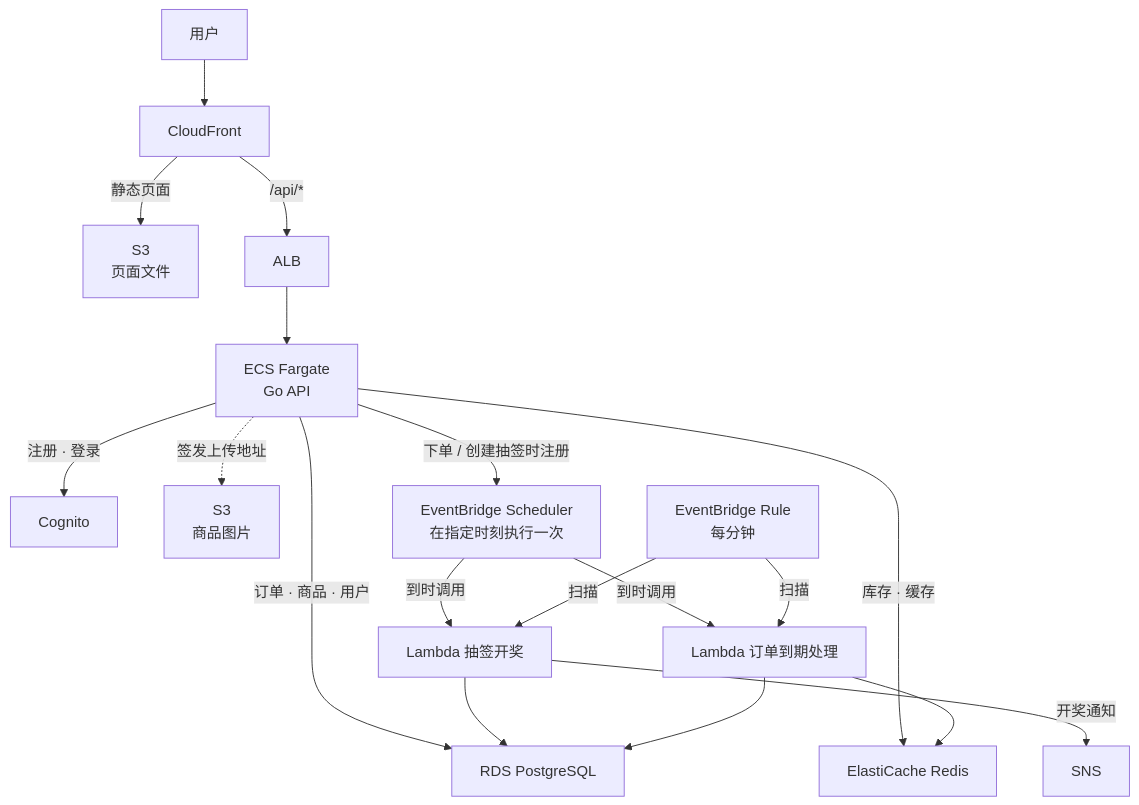
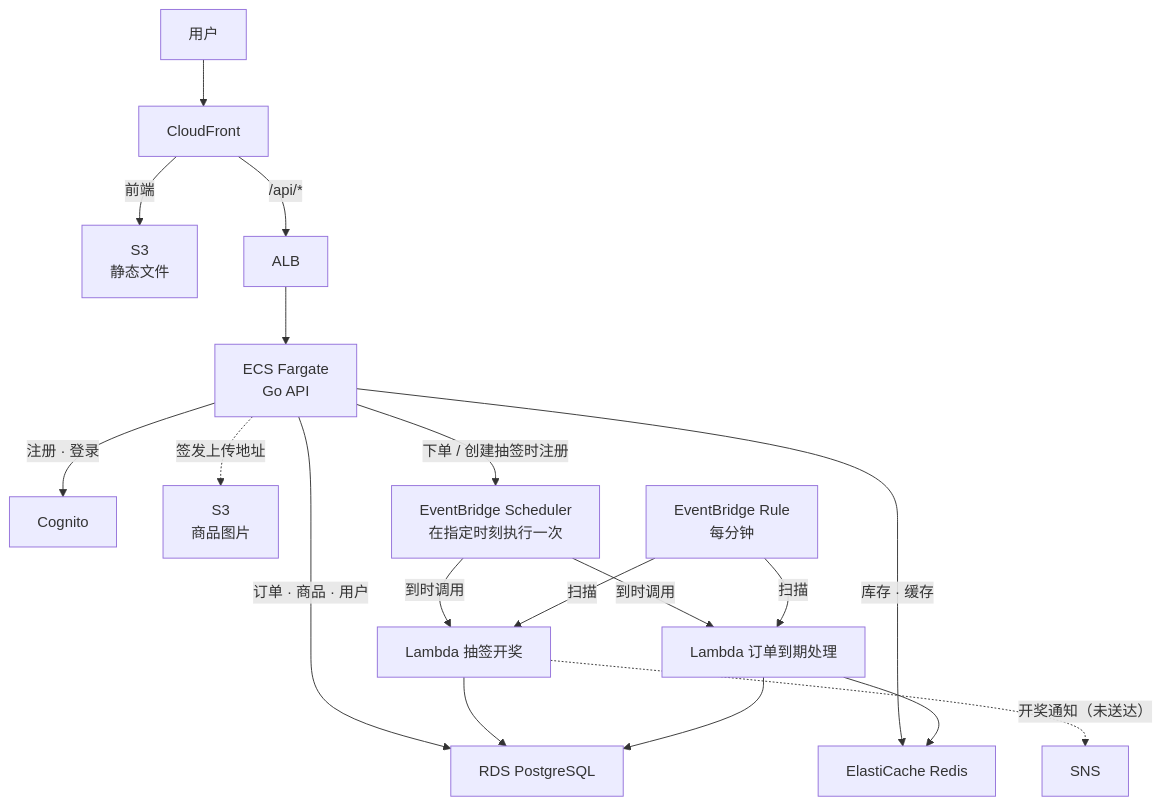
One commit to jessehub777/flashbuy changed the first of 4 diagrams in README_zh.md. Above: the diagram before and after it, drawn with Mermaid. The commit also changed other lines of this file and 1 other file, not shown here.

````diff
--- a/README_zh.md
+++ b/README_zh.md
@@ -34,20 +29,20 @@
 ```mermaid
 flowchart TB
   U["用户"] --> CF["CloudFront"]
-  CF -->|静态页面| S3F["S3<br/>页面文件"]
+  CF -->|前端| S3F["S3<br/>静态文件"]
   CF -->|"/api/*"| ALB["ALB"]
   ALB --> ECS["ECS Fargate<br/>Go API"]
   ECS -->|"订单 · 商品 · 用户"| RDS["RDS PostgreSQL"]
   ECS -->|"库存 · 缓存"| RD["ElastiCache Redis"]
   ECS -->|"注册 · 登录"| COG["Cognito"]
   ECS -.->|"签发上传地址"| S3I["S3<br/>商品图片"]
   ECS -->|"下单 / 创建抽签时注册"| SCH["EventBridge Scheduler<br/>在指定时刻执行一次"]
   SCH -->|到时调用| L1["Lambda 抽签开奖"]
   SCH -->|到时调用| L2["Lambda 订单到期处理"]
   RULE["EventBridge Rule<br/>每分钟"] -->|扫描| L1
   RULE -->|扫描| L2
   L1 --> RDS
-  L1 -->|"开奖通知"| SNS["SNS"]
+  L1 -.->|"开奖通知（未送达）"| SNS["SNS"]
   L2 --> RDS
   L2 --> RD
 ```
````
